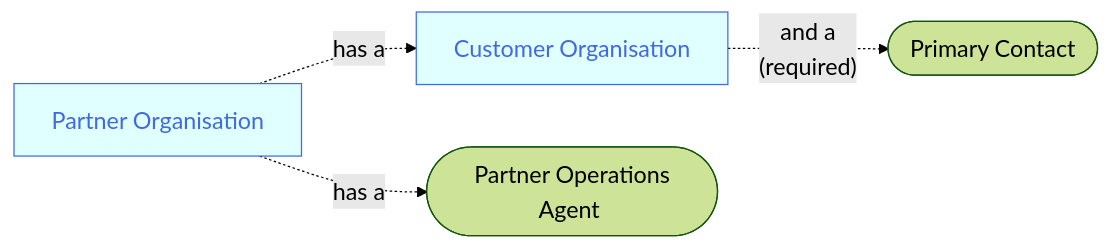
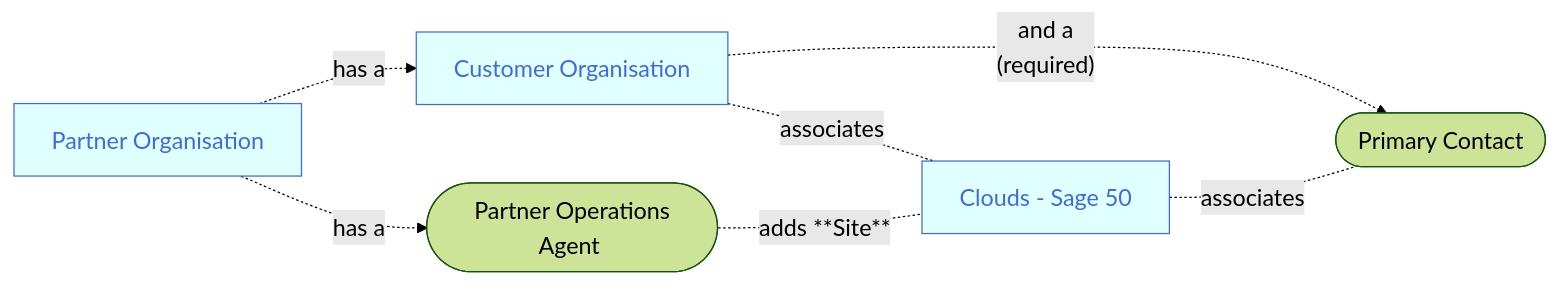
One commit to joe-dorward/samples changed the diagram in 2025_Sage/03_Scenario - Sites.mdx. Above: the diagram before and after it, drawn with Mermaid.

Commit message:
Update 03_Scenario - Sites.mdx

````diff
--- a/2025_Sage/03_Scenario - Sites.mdx
+++ b/2025_Sage/03_Scenario - Sites.mdx
@@ -6,32 +6,38 @@
 ```mermaid
 %%{
   init: {
     'theme': 'forest',
     'themeVariables': {
       'fontSize':'14pt'
     }
   }
 }%%
 flowchart LR
   classDef Sage fill:seagreen, color:honeydew;
   classDef Noun fill:lightcyan, stroke:royalblue, color:royalblue;
   classDef Note fill:white, stroke:white, text-align:left;
 
   PARTNER_ORGANISATION_01[Partner Organisation]
 
   PARTNER_ORGANISATION_01-.has a.->
   CUSTOMER_ORGANISATION_01[Customer Organisation]-.and a<br/>(required).->
   PRIMARY_CONTACT_01([&nbsp;Primary Contact&nbsp;])
 
   PARTNER_ORGANISATION_01-.has a.->
   PARTNER_OPERATIONS_AGENT_01([&nbsp;Partner Operations Agent&nbsp;])
 
+  PARTNER_OPERATIONS_AGENT_01-.adds **Site**.-
+  SITE_01[Clouds - Sage 50]
+
+  CUSTOMER_ORGANISATION_01-.associates.-
+  SITE_01-.associates.-
+  PRIMARY_CONTACT_01
 
   %%-.who adds a.->
   %%CUSTOMER_ORGANISATION_01[Customer Organisation]-.and a<br/>(required).->
   %%PRIMARY_CONTACT_01([&nbsp;Primary Contact&nbsp;])-.-o
   %%PRIMARY_CONTACT_01_NOTE[The **Primary Contact** is added with the **Customer Operations Agent** role]
 
-  class PARTNER_ORGANISATION_01,CUSTOMER_ORGANISATION_01 Noun
+  class PARTNER_ORGANISATION_01,CUSTOMER_ORGANISATION_01,SITE_01 Noun
   class PRIMARY_CONTACT_01_NOTE Note
 ```
````
